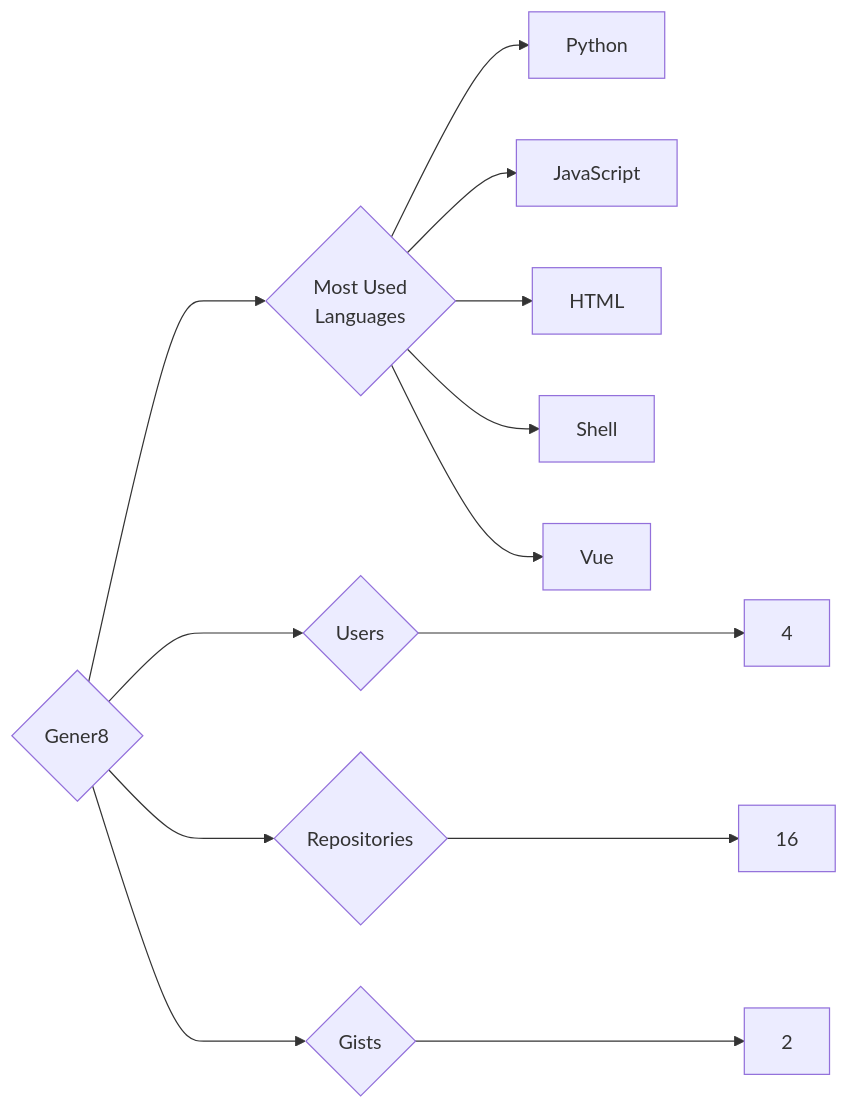
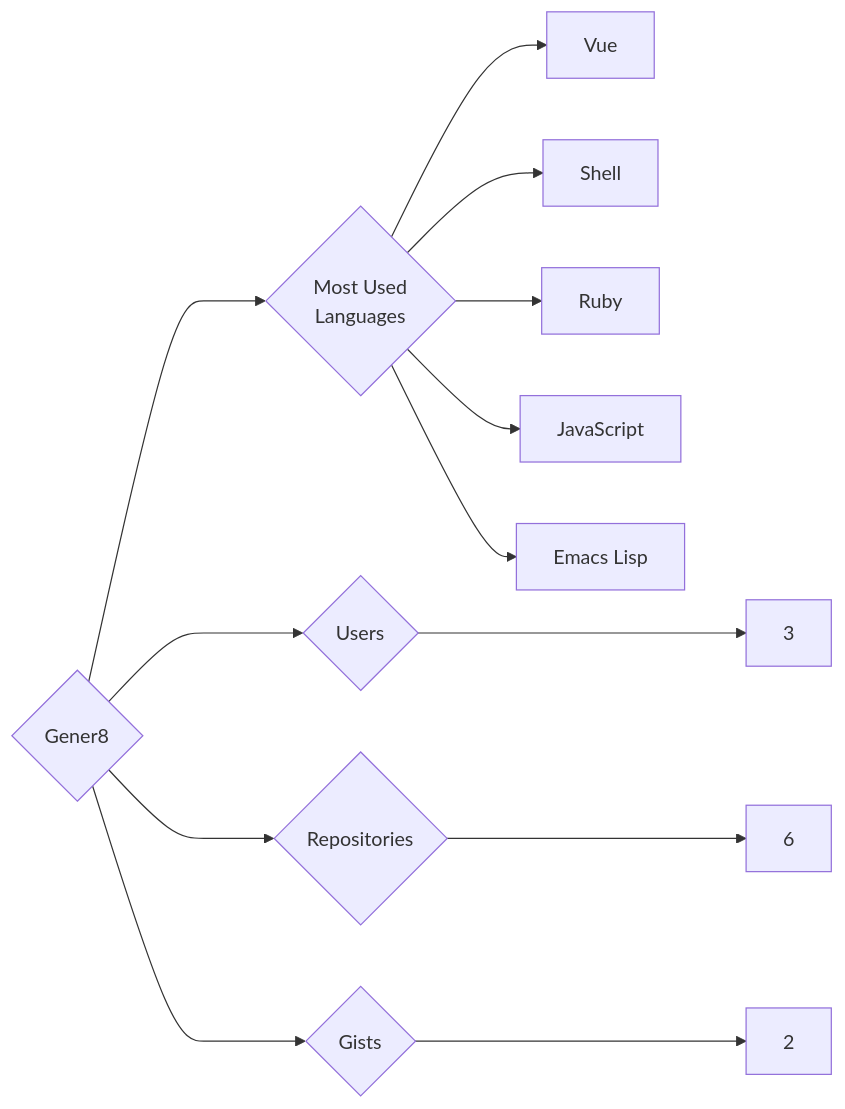
The diagram in targets/Gener8/README.md (trickest/insiders), drawn with Mermaid before and after one commit. The commit also changed 997 other files, not shown here.

````diff
--- a/targets/Gener8/README.md
+++ b/targets/Gener8/README.md
@@ -3,13 +3,13 @@
 ```mermaid
 graph LR
 COMPANY_NAME{Gener8}
-COMPANY_NAME ---> U{Users} ---> UN[4]
-COMPANY_NAME ---> R{Repositories} ---> RN[16]
+COMPANY_NAME ---> U{Users} ---> UN[3]
+COMPANY_NAME ---> R{Repositories} ---> RN[6]
 COMPANY_NAME ---> G{Gists} ---> GN[2]
 COMPANY_NAME ---> ML{Most Used<br>Languages}
-ML --> Python[Python]
+ML --> Vue[Vue]
+ML --> Shell[Shell]
+ML --> Ruby[Ruby]
 ML --> JavaScript[JavaScript]
-ML --> HTML[HTML]
-ML --> Shell[Shell]
-ML --> Vue[Vue]
+ML --> Emacs_Lisp[Emacs Lisp]
 ```
````
